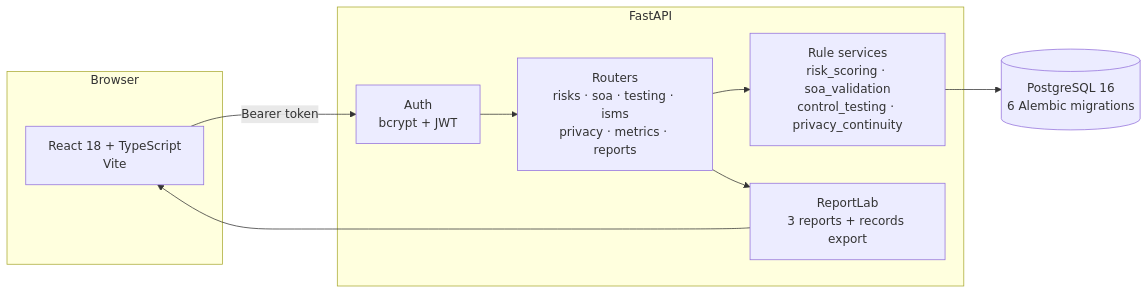
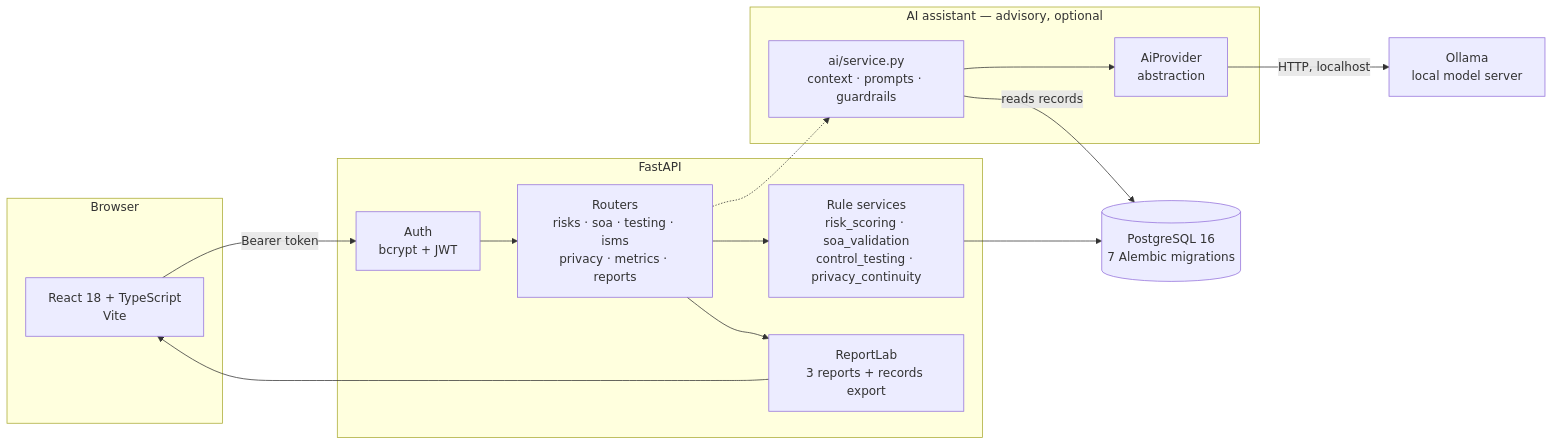
The diagram in README.md (benidictdavid18-cpu/grcshield), drawn with Mermaid before and after one commit. The commit also changed other lines of this file and 34 other files, not shown here.

First line of the commit message:
Add a local AI assistant that cannot make a GRC decision

````diff
--- a/README.md
+++ b/README.md
@@ -72,20 +72,29 @@
 ```mermaid
 flowchart LR
     subgraph Browser
         UI["React 18 + TypeScript<br/>Vite"]
     end
     subgraph API["FastAPI"]
         AUTH["Auth<br/>bcrypt + JWT"]
         RULES["Rule services<br/>risk_scoring · soa_validation<br/>control_testing · privacy_continuity"]
         ROUTES["Routers<br/>risks · soa · testing · isms<br/>privacy · metrics · reports"]
         PDF["ReportLab<br/>3 reports + records export"]
     end
-    DB[("PostgreSQL 16<br/>6 Alembic migrations")]
+    subgraph AI["AI assistant — advisory, optional"]
+        AISVC["ai/service.py<br/>context · prompts · guardrails"]
+        PROV["AiProvider<br/>abstraction"]
+    end
+    DB[("PostgreSQL 16<br/>7 Alembic migrations")]
+    OLLAMA["Ollama<br/>local model server"]
 
     UI -- "Bearer token" --> AUTH
     AUTH --> ROUTES
     ROUTES --> RULES
     RULES --> DB
     ROUTES --> PDF
     PDF --> UI
+    ROUTES -.-> AISVC
+    AISVC -- "reads records" --> DB
+    AISVC --> PROV
+    PROV -- "HTTP, localhost" --> OLLAMA
 ```
````
